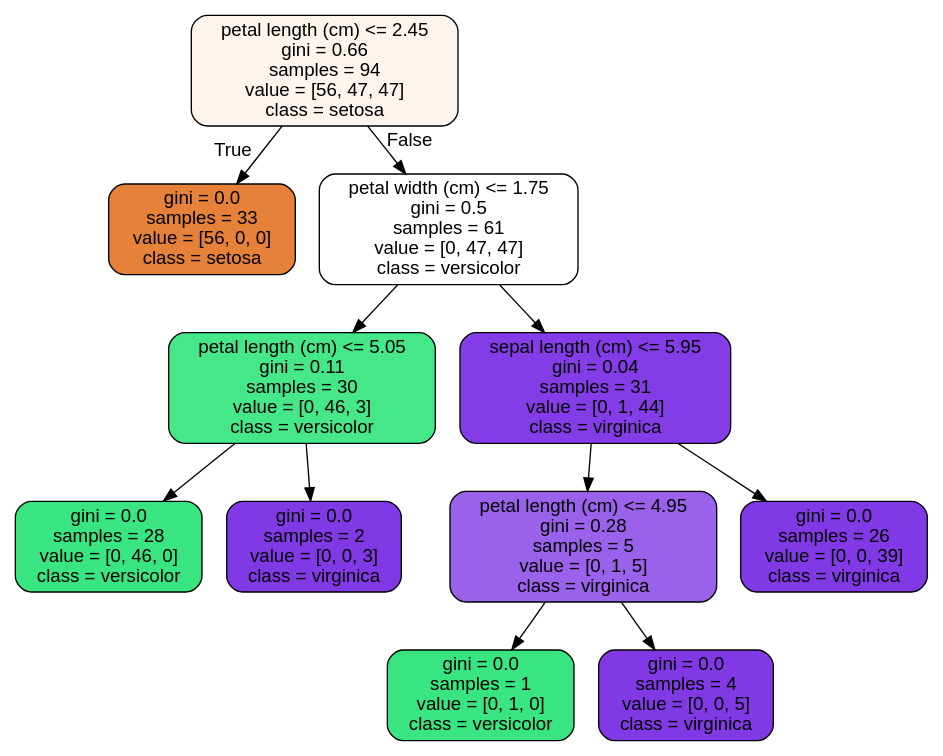
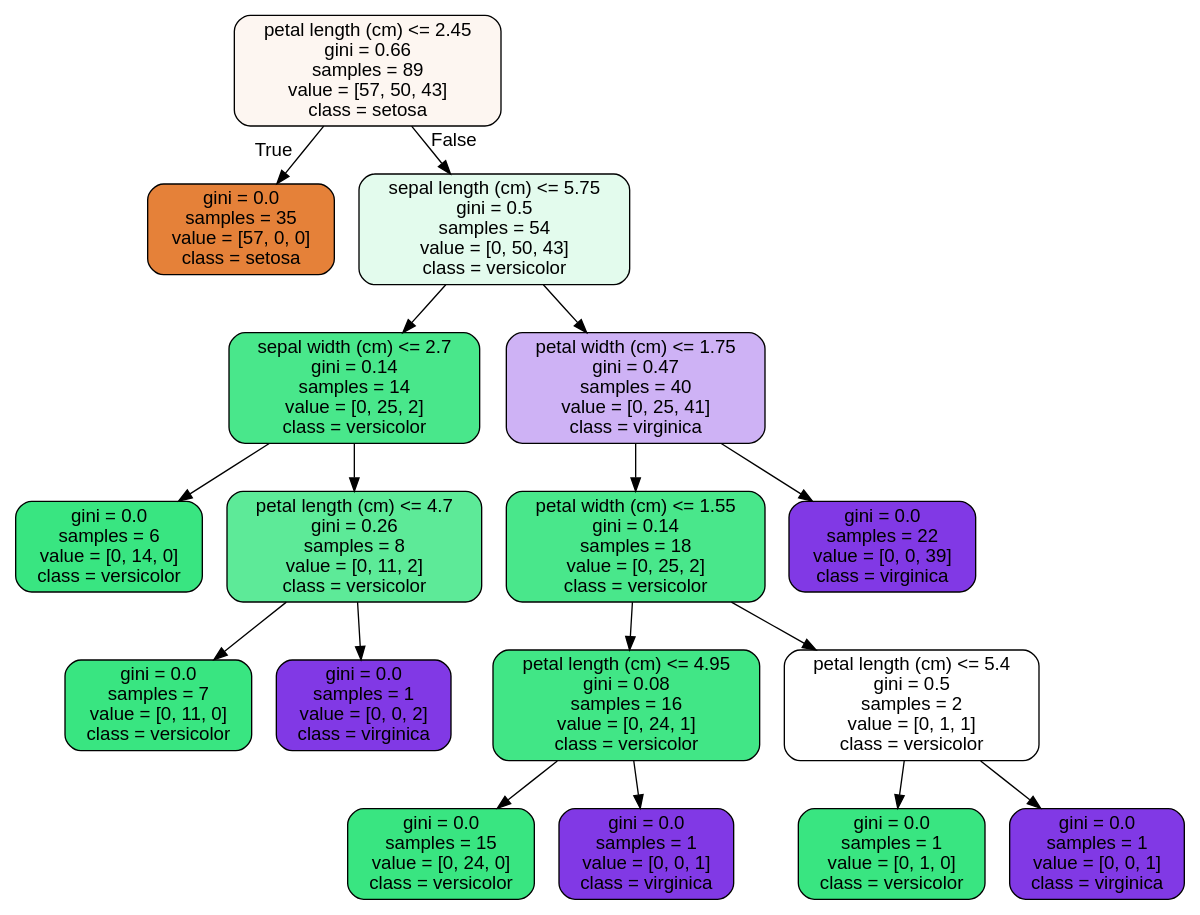
The diagram in RandomForest_Covid_Case_Study/tree.dot (bonisadar/Data-Science-bootcamp), drawn with Graphviz before and after one commit. The commit also changed 3 other files, not shown here.

```diff
--- a/RandomForest_Covid_Case_Study/tree.dot
+++ b/RandomForest_Covid_Case_Study/tree.dot
@@ -1,25 +1,37 @@
 digraph Tree {
 node [shape=box, style="filled, rounded", color="black", fontname="helvetica"] ;
 edge [fontname="helvetica"] ;
-0 [label="petal length (cm) <= 2.45\ngini = 0.66\nsamples = 94\nvalue = [56, 47, 47]\nclass = setosa", fillcolor="#fdf4ee"] ;
-1 [label="gini = 0.0\nsamples = 33\nvalue = [56, 0, 0]\nclass = setosa", fillcolor="#e58139"] ;
+0 [label="petal length (cm) <= 2.45\ngini = 0.66\nsamples = 89\nvalue = [57, 50, 43]\nclass = setosa", fillcolor="#fdf6f1"] ;
+1 [label="gini = 0.0\nsamples = 35\nvalue = [57, 0, 0]\nclass = setosa", fillcolor="#e58139"] ;
 0 -> 1 [labeldistance=2.5, labelangle=45, headlabel="True"] ;
-2 [label="petal width (cm) <= 1.75\ngini = 0.5\nsamples = 61\nvalue = [0, 47, 47]\nclass = versicolor", fillcolor="#ffffff"] ;
+2 [label="sepal length (cm) <= 5.75\ngini = 0.5\nsamples = 54\nvalue = [0, 50, 43]\nclass = versicolor", fillcolor="#e3fbed"] ;
 0 -> 2 [labeldistance=2.5, labelangle=-45, headlabel="False"] ;
-3 [label="petal length (cm) <= 5.05\ngini = 0.11\nsamples = 30\nvalue = [0, 46, 3]\nclass = versicolor", fillcolor="#46e789"] ;
+3 [label="sepal width (cm) <= 2.7\ngini = 0.14\nsamples = 14\nvalue = [0, 25, 2]\nclass = versicolor", fillcolor="#49e78b"] ;
 2 -> 3 ;
-4 [label="gini = 0.0\nsamples = 28\nvalue = [0, 46, 0]\nclass = versicolor", fillcolor="#39e581"] ;
+4 [label="gini = 0.0\nsamples = 6\nvalue = [0, 14, 0]\nclass = versicolor", fillcolor="#39e581"] ;
 3 -> 4 ;
-5 [label="gini = 0.0\nsamples = 2\nvalue = [0, 0, 3]\nclass = virginica", fillcolor="#8139e5"] ;
+5 [label="petal length (cm) <= 4.7\ngini = 0.26\nsamples = 8\nvalue = [0, 11, 2]\nclass = versicolor", fillcolor="#5dea98"] ;
 3 -> 5 ;
-6 [label="sepal length (cm) <= 5.95\ngini = 0.04\nsamples = 31\nvalue = [0, 1, 44]\nclass = virginica", fillcolor="#843de6"] ;
-2 -> 6 ;
-7 [label="petal length (cm) <= 4.95\ngini = 0.28\nsamples = 5\nvalue = [0, 1, 5]\nclass = virginica", fillcolor="#9a61ea"] ;
-6 -> 7 ;
-8 [label="gini = 0.0\nsamples = 1\nvalue = [0, 1, 0]\nclass = versicolor", fillcolor="#39e581"] ;
-7 -> 8 ;
-9 [label="gini = 0.0\nsamples = 4\nvalue = [0, 0, 5]\nclass = virginica", fillcolor="#8139e5"] ;
-7 -> 9 ;
-10 [label="gini = 0.0\nsamples = 26\nvalue = [0, 0, 39]\nclass = virginica", fillcolor="#8139e5"] ;
-6 -> 10 ;
+6 [label="gini = 0.0\nsamples = 7\nvalue = [0, 11, 0]\nclass = versicolor", fillcolor="#39e581"] ;
+5 -> 6 ;
+7 [label="gini = 0.0\nsamples = 1\nvalue = [0, 0, 2]\nclass = virginica", fillcolor="#8139e5"] ;
+5 -> 7 ;
+8 [label="petal width (cm) <= 1.75\ngini = 0.47\nsamples = 40\nvalue = [0, 25, 41]\nclass = virginica", fillcolor="#ceb2f5"] ;
+2 -> 8 ;
+9 [label="petal width (cm) <= 1.55\ngini = 0.14\nsamples = 18\nvalue = [0, 25, 2]\nclass = versicolor", fillcolor="#49e78b"] ;
+8 -> 9 ;
+10 [label="petal length (cm) <= 4.95\ngini = 0.08\nsamples = 16\nvalue = [0, 24, 1]\nclass = versicolor", fillcolor="#41e686"] ;
+9 -> 10 ;
+11 [label="gini = 0.0\nsamples = 15\nvalue = [0, 24, 0]\nclass = versicolor", fillcolor="#39e581"] ;
+10 -> 11 ;
+12 [label="gini = 0.0\nsamples = 1\nvalue = [0, 0, 1]\nclass = virginica", fillcolor="#8139e5"] ;
+10 -> 12 ;
+13 [label="petal length (cm) <= 5.4\ngini = 0.5\nsamples = 2\nvalue = [0, 1, 1]\nclass = versicolor", fillcolor="#ffffff"] ;
+9 -> 13 ;
+14 [label="gini = 0.0\nsamples = 1\nvalue = [0, 1, 0]\nclass = versicolor", fillcolor="#39e581"] ;
+13 -> 14 ;
+15 [label="gini = 0.0\nsamples = 1\nvalue = [0, 0, 1]\nclass = virginica", fillcolor="#8139e5"] ;
+13 -> 15 ;
+16 [label="gini = 0.0\nsamples = 22\nvalue = [0, 0, 39]\nclass = virginica", fillcolor="#8139e5"] ;
+8 -> 16 ;
 }
```
